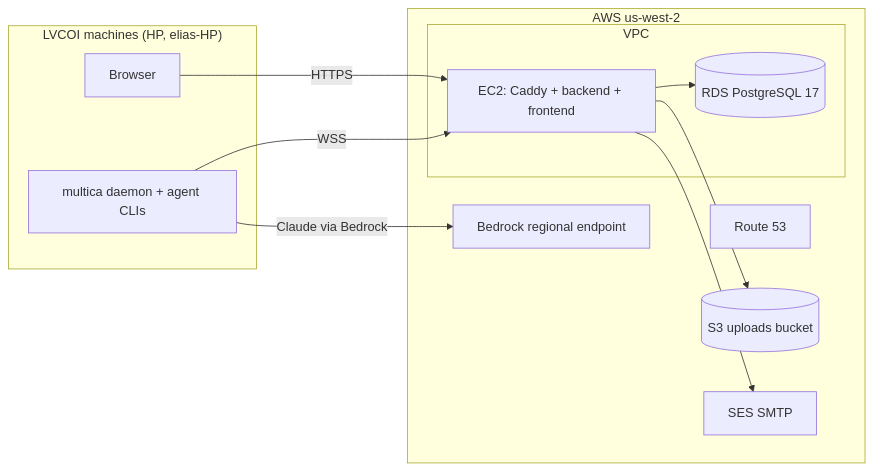
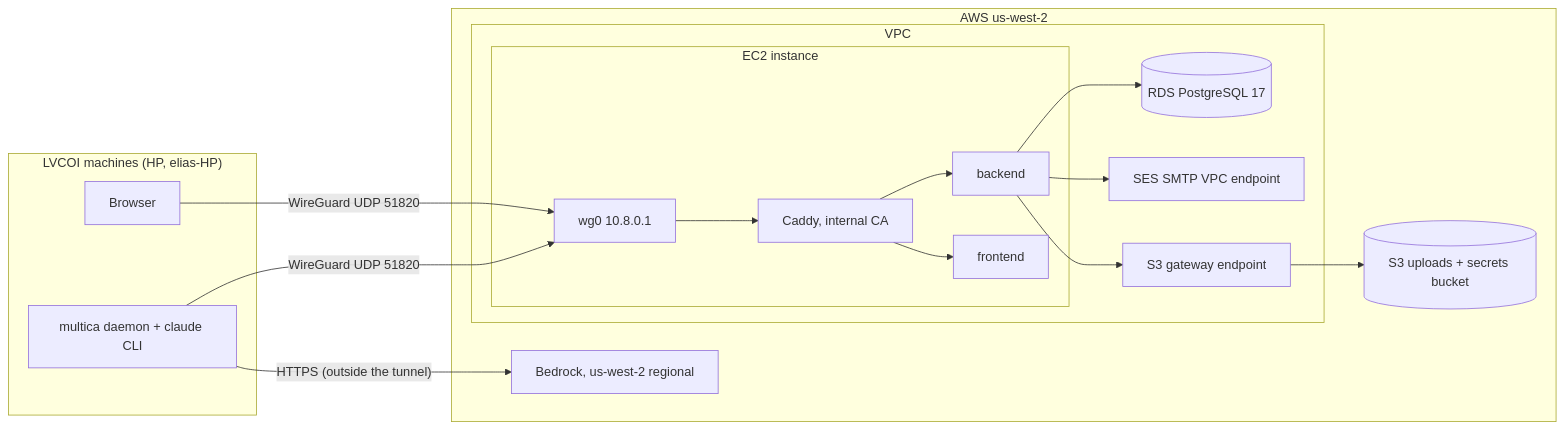
Before and after one commit to lvcoi/multica: the diagram in docs/multicle/adr-001-us-hosting.md, drawn with Mermaid. The commit also changed other lines of this file, not shown here.

````diff
--- a/docs/multicle/adr-001-us-hosting.md
+++ b/docs/multicle/adr-001-us-hosting.md
@@ -103,23 +106,31 @@
 ```mermaid
 flowchart LR
-  subgraph Users["LVCOI machines (HP, elias-HP)"]
+  subgraph LVCOI["LVCOI machines (HP, elias-HP)"]
     B[Browser]
-    D[multica daemon + agent CLIs]
+    D[multica daemon + claude CLI]
   end
   subgraph AWS["AWS us-west-2"]
-    R53[Route 53]
     subgraph VPC
-      EC2["EC2: Caddy + backend + frontend"]
+      subgraph EC2["EC2 instance"]
+        WG[wg0 10.8.0.1]
+        C[Caddy, internal CA]
+        BE[backend]
+        FE[frontend]
+      end
       RDS[("RDS PostgreSQL 17")]
+      SESVPCE[SES SMTP VPC endpoint]
+      S3GW[S3 gateway endpoint]
     end
-    S3[("S3 uploads bucket")]
-    SES[SES SMTP]
-    BR[Bedrock regional endpoint]
+    S3[("S3 uploads + secrets bucket")]
+    BR[Bedrock, us-west-2 regional]
   end
-  B -- HTTPS --> EC2
-  D -- WSS --> EC2
-  EC2 --> RDS
-  EC2 --> S3
-  EC2 --> SES
-  D -- Claude via Bedrock --> BR
+  B -- "WireGuard UDP 51820" --> WG
+  D -- "WireGuard UDP 51820" --> WG
+  WG --> C
+  C --> FE
+  C --> BE
+  BE --> RDS
+  BE --> SESVPCE
+  BE --> S3GW --> S3
+  D -- "HTTPS (outside the tunnel)" --> BR
 ```
````
